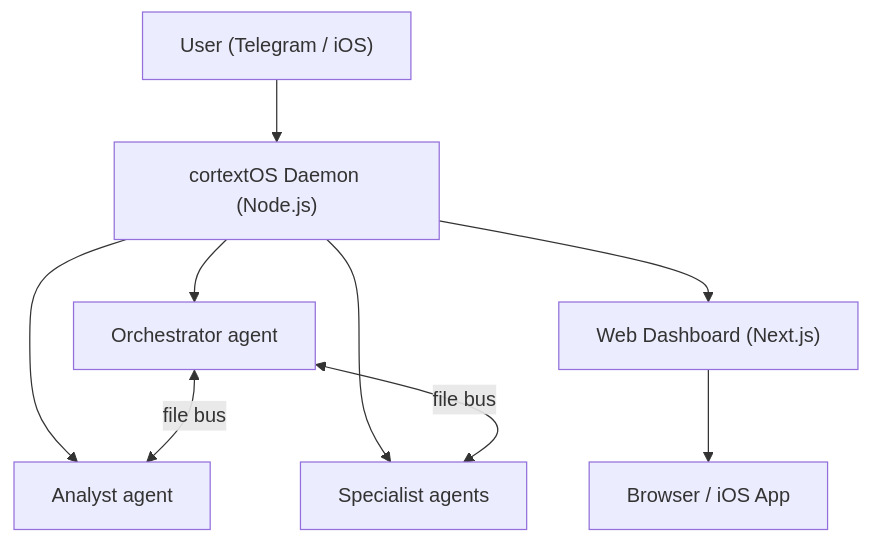
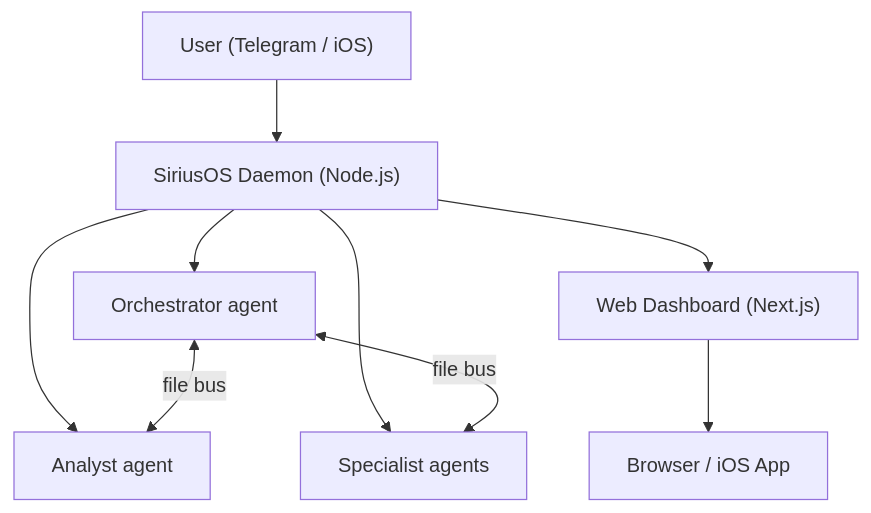
One commit to unikprompt/siriusos changed the diagram in README.md. Above: the diagram before and after it, drawn with Mermaid. The commit also changed other lines of this file and 206 other files, not shown here.

````diff
--- a/README.md
+++ b/README.md
@@ -40,11 +40,11 @@
 ```mermaid
 flowchart TD
-    U["User (Telegram / iOS)"] --> CLI["cortextOS Daemon (Node.js)"]
+    U["User (Telegram / iOS)"] --> CLI["SiriusOS Daemon (Node.js)"]
     CLI --> O["Orchestrator agent"]
     CLI --> A["Analyst agent"]
     CLI --> W["Specialist agents"]
     O <-->|file bus| A
     O <-->|file bus| W
     CLI --> D["Web Dashboard (Next.js)"]
     D --> U2["Browser / iOS App"]
 ```
````
